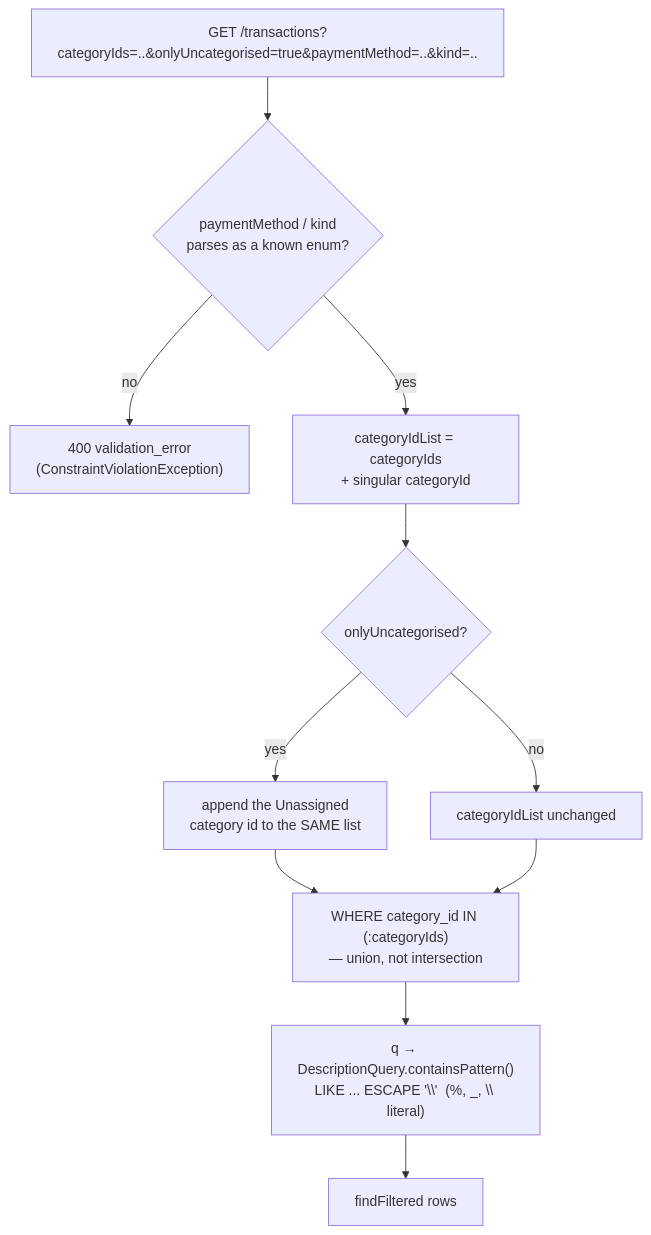
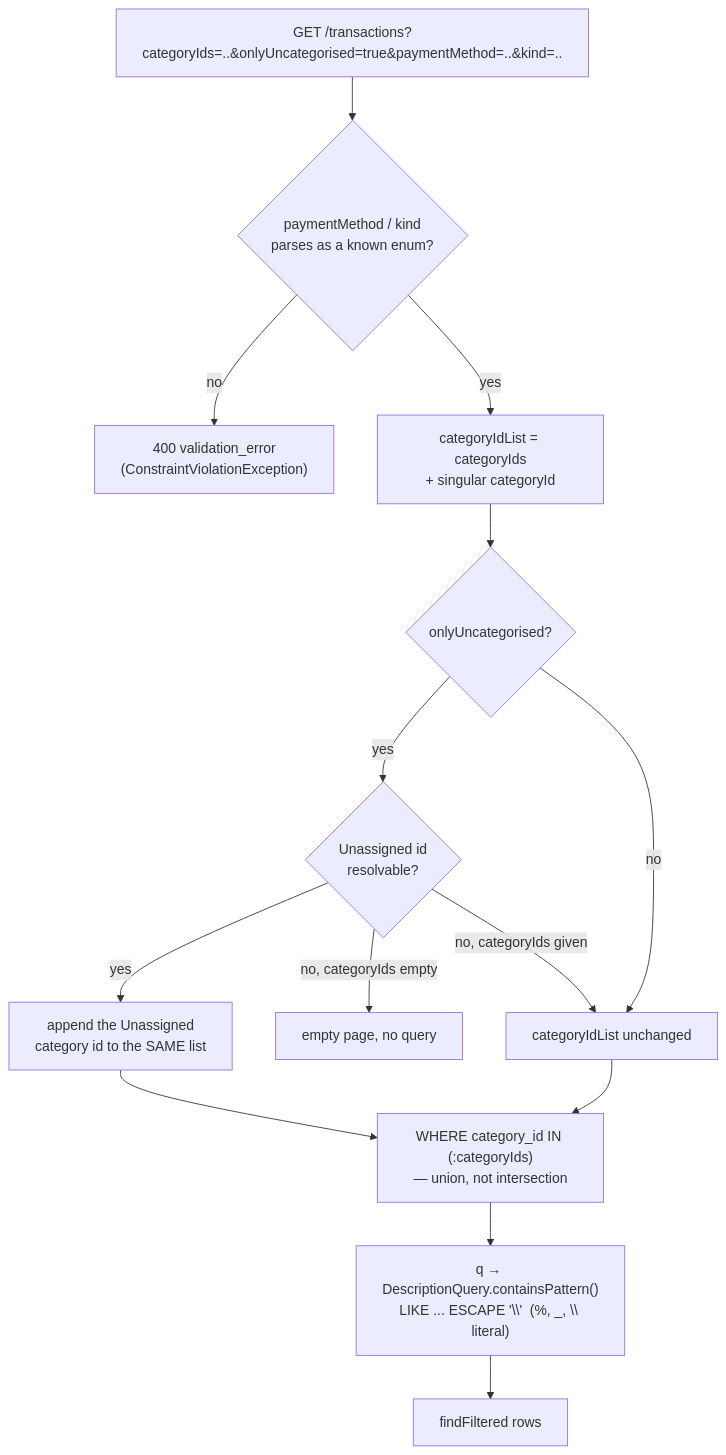
Before and after one commit to Sergio-Smirnoff/financial-app: the diagram in docs/reports/develop_hotfix_2026-09-21_live-testing-round-b.md, drawn with Mermaid. The commit also changed other lines of this file and 1 other file, not shown here.

````diff
--- a/docs/reports/develop_hotfix_2026-09-21_live-testing-round-b.md
+++ b/docs/reports/develop_hotfix_2026-09-21_live-testing-round-b.md
@@ -64,13 +76,16 @@
 ```mermaid
 flowchart TD
     A["GET /transactions?categoryIds=..&onlyUncategorised=true&paymentMethod=..&kind=.."] --> B{paymentMethod / kind\nparses as a known enum?}
     B -- no --> C["400 validation_error\n(ConstraintViolationException)"]
     B -- yes --> D["categoryIdList = categoryIds\n+ singular categoryId"]
     D --> E{onlyUncategorised?}
-    E -- yes --> F["append the Unassigned\ncategory id to the SAME list"]
+    E -- yes --> U{Unassigned id\nresolvable?}
+    U -- yes --> F["append the Unassigned\ncategory id to the SAME list"]
+    U -- "no, categoryIds empty" --> Z["empty page, no query"]
+    U -- "no, categoryIds given" --> G
     E -- no --> G[categoryIdList unchanged]
     F --> H["WHERE category_id IN (:categoryIds)\n— union, not intersection"]
     G --> H
     H --> I["q → DescriptionQuery.containsPattern()\nLIKE ... ESCAPE '\\'  (%, _, \\ literal)"]
     I --> J[findFiltered rows]
 ```
````
